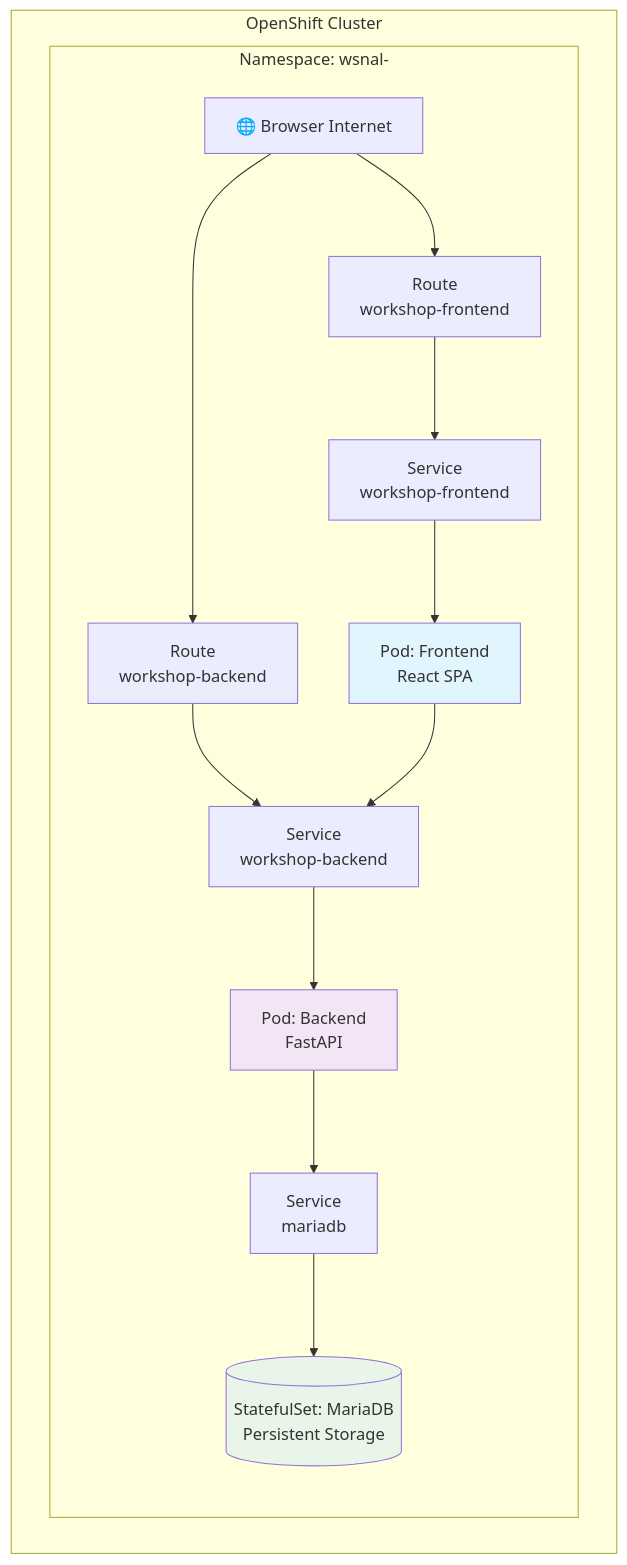
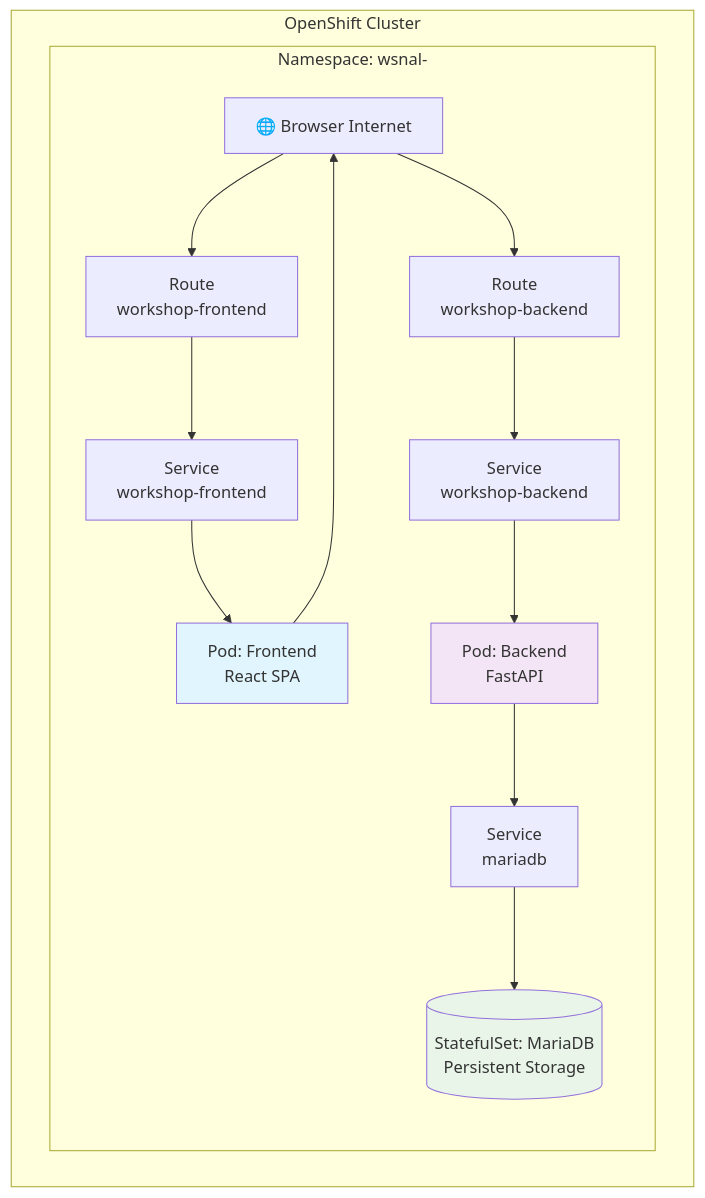
One commit to ccangemi/workshop-nal changed the diagram in docs/passo-7-frontend.md. Above: the diagram before and after it, drawn with Mermaid.

Commit message:
feat: Update frontend deployment diagram to include backend routes and services

````diff
--- a/docs/passo-7-frontend.md
+++ b/docs/passo-7-frontend.md
@@ -96,38 +96,35 @@
 ```mermaid
 graph TB
    subgraph "OpenShift Cluster"
       subgraph "Namespace: wsnal-<user>"
          Internet[🌐 Browser Internet]
          RouteFrontend[Route<br/>workshop-frontend]
+         ServiceFrontend[Service<br/>workshop-frontend]
+         Frontend[Pod: Frontend<br/>React SPA]
          RouteBackend[Route<br/>workshop-backend]
-         ServiceFrontend[Service<br/>workshop-frontend]
          ServiceBackend[Service<br/>workshop-backend]
-         Frontend[Pod: Frontend<br/>React SPA]
          Backend[Pod: Backend<br/>FastAPI]
          ServiceDB[Service<br/>mariadb]
          Database[(StatefulSet: MariaDB<br/>Persistent Storage)]
 
          Internet --> RouteFrontend
-         Internet --> RouteBackend
-
          RouteFrontend --> ServiceFrontend
          ServiceFrontend --> Frontend
+         Frontend --> Internet
 
+         Internet --> RouteBackend
          RouteBackend --> ServiceBackend
          ServiceBackend --> Backend
-
-         Frontend --> ServiceBackend
-
          Backend --> ServiceDB
          ServiceDB --> Database
       end
    end
 
    classDef frontend fill:#e1f5fe
    classDef backend fill:#f3e5f5  
    classDef database fill:#e8f5e8
 
    class Frontend frontend
    class Backend backend
    class Database database
 ```
````
